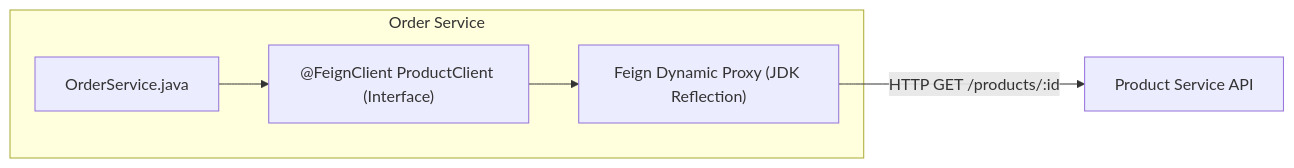
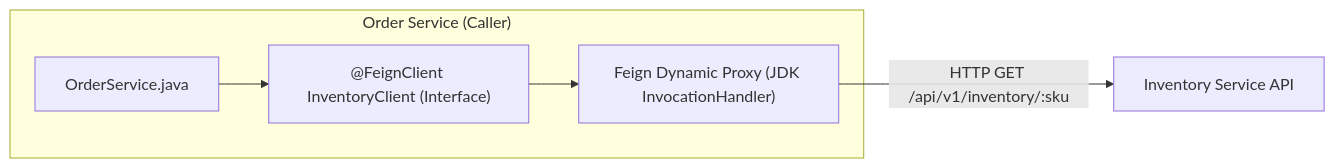
One commit to rohithgowda18/Notes changed the second of 4 diagrams in spring-boot-microservices-notes/02-service-communication.md. Above: the diagram before and after it, drawn with Mermaid. The commit also changed other lines of this file, not shown here.

Commit message:
Expand 02-service-communication with comprehensive video guide: Global vs Per-Client configs, logging levels, timeouts, retryers, interceptors, error decoders, encoders, and production use cases

````diff
--- a/spring-boot-microservices-notes/02-service-communication.md
+++ b/spring-boot-microservices-notes/02-service-communication.md
@@ -123,9 +128,9 @@
 ```mermaid
 flowchart LR
-    subgraph ClientService ["Order Service"]
-        Service[OrderService.java] --> Interface["@FeignClient ProductClient (Interface)"]
-        Interface --> Proxy["Feign Dynamic Proxy (JDK Reflection)"]
+    subgraph ClientService ["Order Service (Caller)"]
+        Service[OrderService.java] --> Interface["@FeignClient InventoryClient (Interface)"]
+        Interface --> Proxy["Feign Dynamic Proxy (JDK InvocationHandler)"]
     end
     
-    Proxy -->|"HTTP GET /products/:id"| RemoteService["Product Service API"]
+    Proxy -->|"HTTP GET /api/v1/inventory/:sku"| RemoteService["Inventory Service API"]
 ```
````
